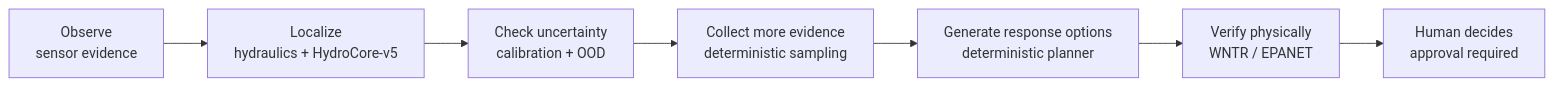
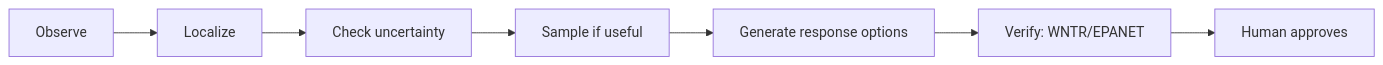
Before and after one commit to insightlabs38-pixel/HydroSwarm: the diagram in docs/EXECUTIVE_SUMMARY.md, drawn with Mermaid. The commit also changed other lines of this file, not shown here.

Commit message:
docs: shorten HydroSwarm executive summary

````diff
--- a/docs/EXECUTIVE_SUMMARY.md
+++ b/docs/EXECUTIVE_SUMMARY.md
@@ -27,9 +13,9 @@
 ```mermaid
 flowchart LR
-  A["Observe\nsensor evidence"] --> B["Localize\nhydraulics + HydroCore-v5"]
-  B --> C["Check uncertainty\ncalibration + OOD"]
-  C --> D["Collect more evidence\ndeterministic sampling"]
-  D --> E["Generate response options\ndeterministic planner"]
-  E --> F["Verify physically\nWNTR / EPANET"]
-  F --> G["Human decides\napproval required"]
+  A["Observe"] --> B["Localize"]
+  B --> C["Check uncertainty"]
+  C --> D["Sample if useful"]
+  D --> E["Generate response options"]
+  E --> F["Verify: WNTR/EPANET"]
+  F --> G["Human approves"]
 ```
````
